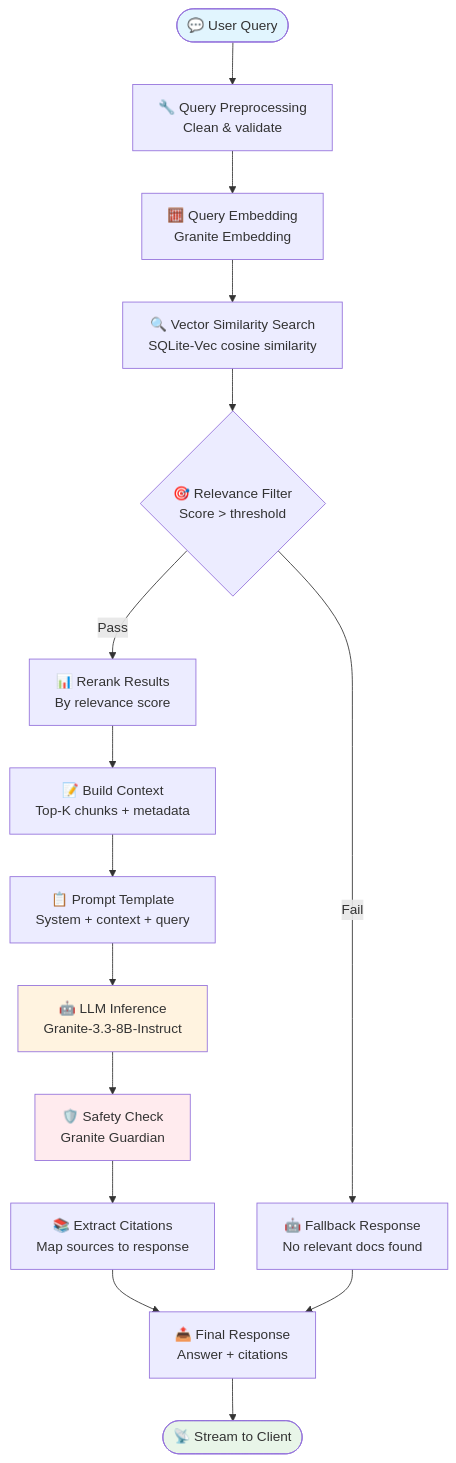
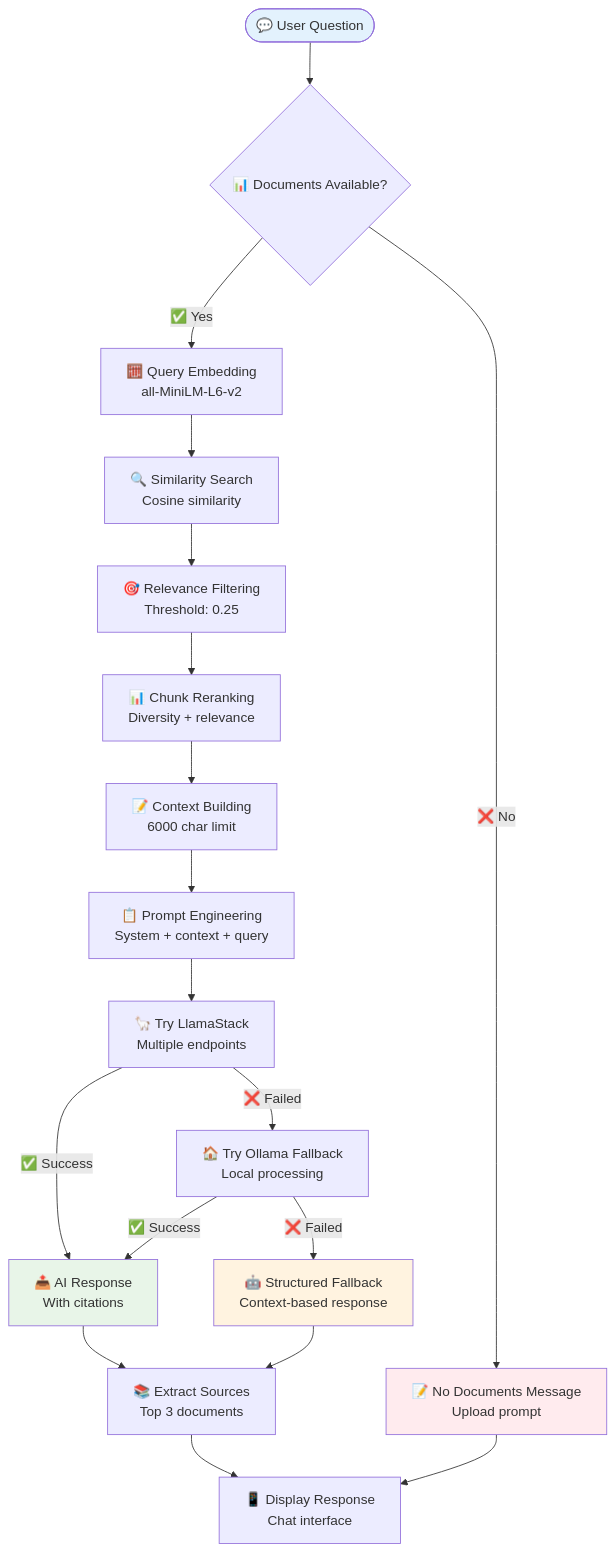
Before and after one commit to abhijeet-dhumal/llama-stack-rag: the fourth of 5 diagrams in README.md, drawn with Mermaid. The commit also changed other lines of this file and 48 other files, not shown here.

Commit message:
feat: Add support for multiple input source types for more effective llama stack workflow and integrations

````diff
--- a/README.md
+++ b/README.md
@@ -321,28 +223,33 @@
 ```mermaid
 flowchart TD
-    QUERY([💬 User Query]) --> PREPROCESS[🔧 Query Preprocessing<br/>Clean & validate]
+    QUERY([💬 User Question]) --> CHECK{📊 Documents Available?}
     
-    PREPROCESS --> EMBED_Q[🧮 Query Embedding<br/>Granite Embedding]
-    EMBED_Q --> SEARCH[🔍 Vector Similarity Search<br/>SQLite-Vec cosine similarity]
+    CHECK -->|❌ No| NO_DOCS[📝 No Documents Message<br/>Upload prompt]
+    CHECK -->|✅ Yes| EMBED_Q[🧮 Query Embedding<br/>all-MiniLM-L6-v2]
     
-    SEARCH --> FILTER{🎯 Relevance Filter<br/>Score > threshold}
-    FILTER -->|Pass| RERANK[📊 Rerank Results<br/>By relevance score]
-    FILTER -->|Fail| FALLBACK[🤖 Fallback Response<br/>No relevant docs found]
+    EMBED_Q --> SEARCH[🔍 Similarity Search<br/>Cosine similarity]
+    SEARCH --> FILTER[🎯 Relevance Filtering<br/>Threshold: 0.25]
     
-    RERANK --> CONTEXT[📝 Build Context<br/>Top-K chunks + metadata]
-    CONTEXT --> PROMPT[📋 Prompt Template<br/>System + context + query]
+    FILTER --> RERANK[📊 Chunk Reranking<br/>Diversity + relevance]
+    RERANK --> CONTEXT[📝 Context Building<br/>6000 char limit]
     
-    PROMPT --> LLM[🤖 LLM Inference<br/>Granite-3.3-8B-Instruct]
-    LLM --> SAFETY[🛡️ Safety Check<br/>Granite Guardian]
+    CONTEXT --> PROMPT[📋 Prompt Engineering<br/>System + context + query]
+    PROMPT --> TRY_LS[🦙 Try LlamaStack<br/>Multiple endpoints]
     
-    SAFETY --> CITATIONS[📚 Extract Citations<br/>Map sources to response]
-    CITATIONS --> RESPONSE[📤 Final Response<br/>Answer + citations]
+    TRY_LS -->|✅ Success| RESPONSE[📤 AI Response<br/>With citations]
+    TRY_LS -->|❌ Failed| TRY_OLLAMA[🏠 Try Ollama Fallback<br/>Local processing]
     
-    FALLBACK --> RESPONSE
-    RESPONSE --> STREAM([📡 Stream to Client])
+    TRY_OLLAMA -->|✅ Success| RESPONSE
+    TRY_OLLAMA -->|❌ Failed| FALLBACK_RESP[🤖 Structured Fallback<br/>Context-based response]
     
-    style QUERY fill:#e1f5fe
-    style STREAM fill:#e8f5e8
-    style LLM fill:#fff3e0
-    style SAFETY fill:#ffebee
+    RESPONSE --> SOURCES[📚 Extract Sources<br/>Top 3 documents]
+    FALLBACK_RESP --> SOURCES
+    SOURCES --> DISPLAY[📱 Display Response<br/>Chat interface]
+    
+    NO_DOCS --> DISPLAY
+    
+    style QUERY fill:#e3f2fd
+    style RESPONSE fill:#e8f5e8
+    style FALLBACK_RESP fill:#fff3e0
+    style NO_DOCS fill:#ffebee
 ```
````
